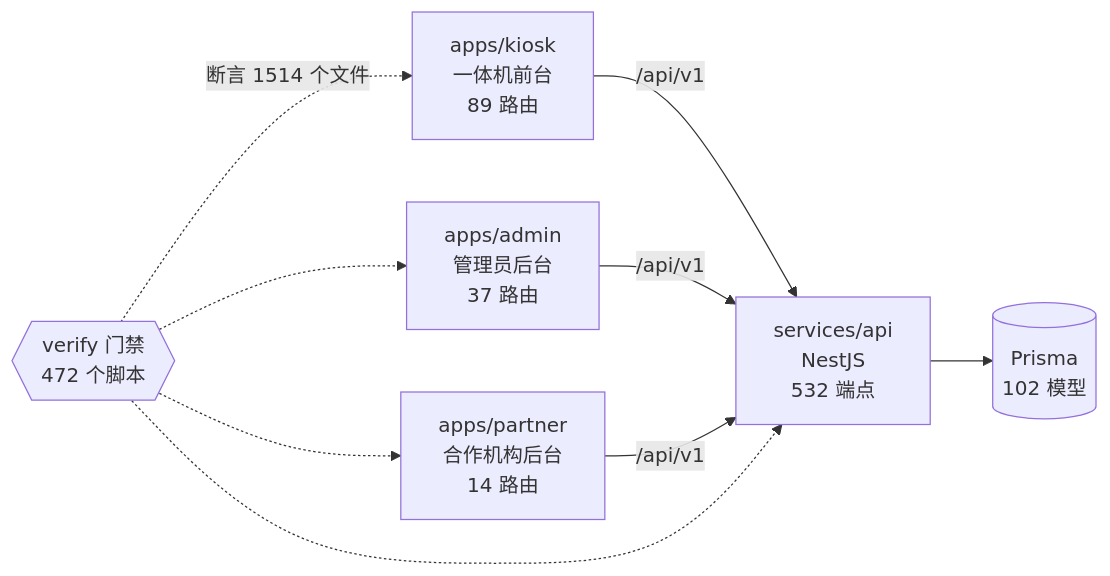
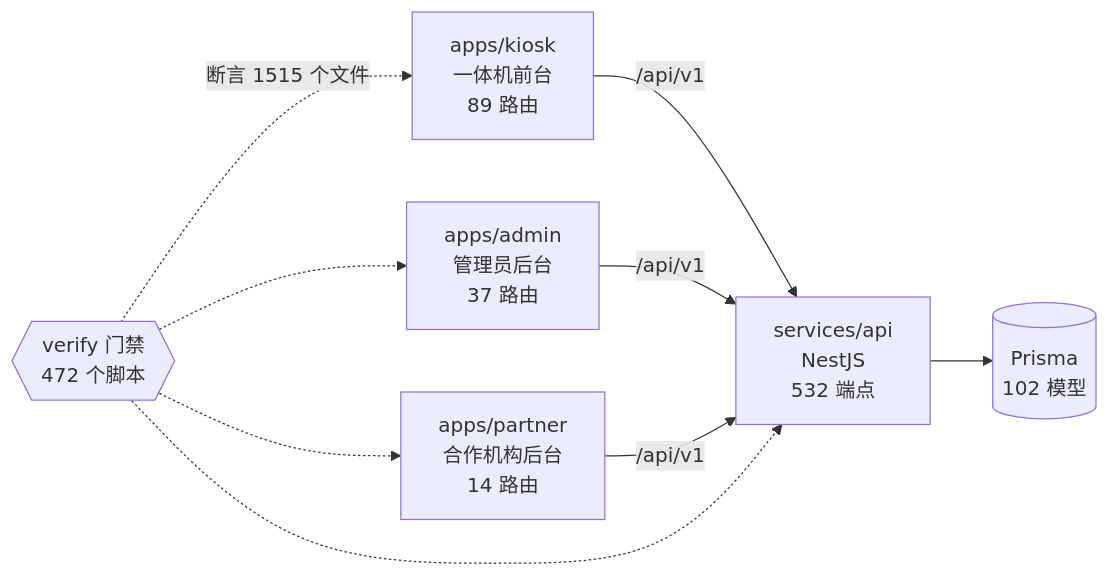
Before and after one commit to wanglei581/YITIJI: the diagram in docs/graph/README.md, drawn with Mermaid. The commit also changed other lines of this file and 5 other files, not shown here.

First line of the commit message:
docs(progress,graph): 记录稿 21 scan-ready 390 标题竖排修复证据与剩余缺口

````diff
--- a/docs/graph/README.md
+++ b/docs/graph/README.md
@@ -68,18 +68,18 @@
 ```mermaid
 flowchart LR
   kiosk["apps/kiosk<br/>一体机前台<br/>89 路由"]
   admin["apps/admin<br/>管理员后台<br/>37 路由"]
   partner["apps/partner<br/>合作机构后台<br/>14 路由"]
   api["services/api<br/>NestJS<br/>532 端点"]
   db[("Prisma<br/>102 模型")]
   gates{{"verify 门禁<br/>472 个脚本"}}
 
   kiosk -->|"/api/v1"| api
   admin -->|"/api/v1"| api
   partner -->|"/api/v1"| api
   api --> db
-  gates -.->|"断言 1514 个文件"| kiosk
+  gates -.->|"断言 1515 个文件"| kiosk
   gates -.-> admin
   gates -.-> partner
   gates -.-> api
 ```
````
